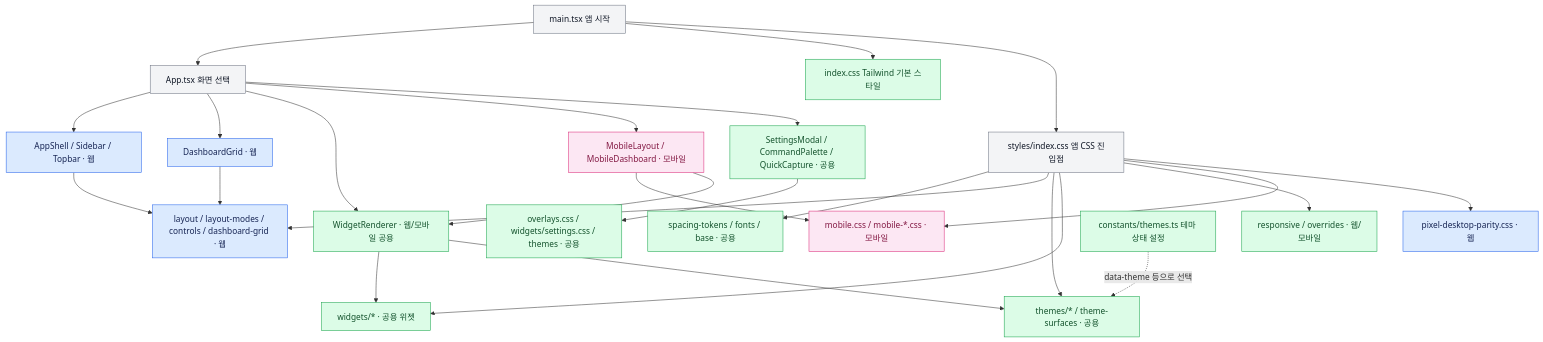
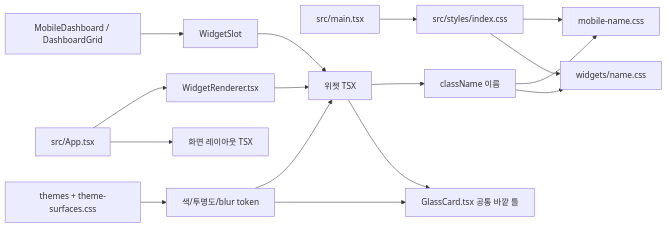
Before and after one commit to haileychoii/glassday: the diagram in docs/CSS_STRUCTURE.md, drawn with Mermaid. The commit also changed other lines of this file and 6 other files, not shown here.

Commit message:
Document UI architecture and Figma implementation paths

````diff
--- a/docs/CSS_STRUCTURE.md
+++ b/docs/CSS_STRUCTURE.md
@@ -7,39 +7,18 @@
 ```mermaid
-flowchart TD
-  Main[main.tsx 앱 시작] --> App[App.tsx 화면 선택]
-  Main --> Tailwind[index.css Tailwind 기본 스타일]
-  Main --> Entry[styles/index.css 앱 CSS 진입점]
-
-  App --> Shell[AppShell / Sidebar / Topbar · 웹]
-  App --> Grid[DashboardGrid · 웹]
-  App --> Render[WidgetRenderer · 웹/모바일 공용]
-  App --> Mobile[MobileLayout / MobileDashboard · 모바일]
-  App --> Overlay[SettingsModal / CommandPalette / QuickCapture · 공용]
-
-  Entry --> Foundation[spacing-tokens / fonts / base · 공용]
-  Entry --> LayoutCSS[layout / layout-modes / controls / dashboard-grid · 웹]
-  Entry --> ThemeCSS[themes/* / theme-surfaces · 공용]
-  Entry --> WidgetCSS[widgets/* · 공용 위젯]
-  Entry --> Responsive[responsive / overrides · 웹/모바일]
-  Entry --> MobileCSS[mobile.css / mobile-*.css · 모바일]
-  Entry --> PixelCSS[pixel-desktop-parity.css · 웹]
-
-  Shell --> LayoutCSS
-  Grid --> LayoutCSS
-  Render --> WidgetCSS
-  Render --> ThemeCSS
-  Mobile --> MobileCSS
-  Mobile --> Render
-  Overlay --> OverlayCSS[overlays.css / widgets/settings.css / themes · 공용]
-
-  ThemeState[constants/themes.ts 테마 상태 설정] -. data-theme 등으로 선택 .-> ThemeCSS
-
-  classDef app fill:#f3f4f6,stroke:#6b7280,color:#111827
-  classDef web fill:#dbeafe,stroke:#2563eb,color:#172554
-  classDef mobile fill:#fce7f3,stroke:#db2777,color:#831843
-  classDef shared fill:#dcfce7,stroke:#16a34a,color:#14532d
-  class Main,App,Entry app
-  class Shell,Grid,LayoutCSS,PixelCSS web
-  class Mobile,MobileCSS mobile
-  class Tailwind,Render,Overlay,OverlayCSS,Foundation,ThemeCSS,WidgetCSS,Responsive,ThemeState shared
+flowchart LR
+  MAIN[src/main.tsx] --> ENTRY[src/styles/index.css]
+  APP[src/App.tsx] --> SHELL[화면 레이아웃 TSX]
+  APP --> RENDER[WidgetRenderer.tsx]
+  RENDER --> WIDGET[위젯 TSX]
+  WIDGET --> FRAME[GlassCard.tsx 공통 바깥 틀]
+  WIDGET --> CLASS[className 이름]
+  CLASS --> WCSS[widgets/name.css]
+  CLASS --> MCSS[mobile-name.css]
+  ENTRY --> WCSS
+  ENTRY --> MCSS
+  THEME[themes + theme-surfaces.css] --> SURFACE[색/투명도/blur token]
+  SURFACE --> FRAME
+  SURFACE --> WIDGET
+  LAYOUT[MobileDashboard / DashboardGrid] --> SLOT[WidgetSlot]
+  SLOT --> WIDGET
 ```
````
